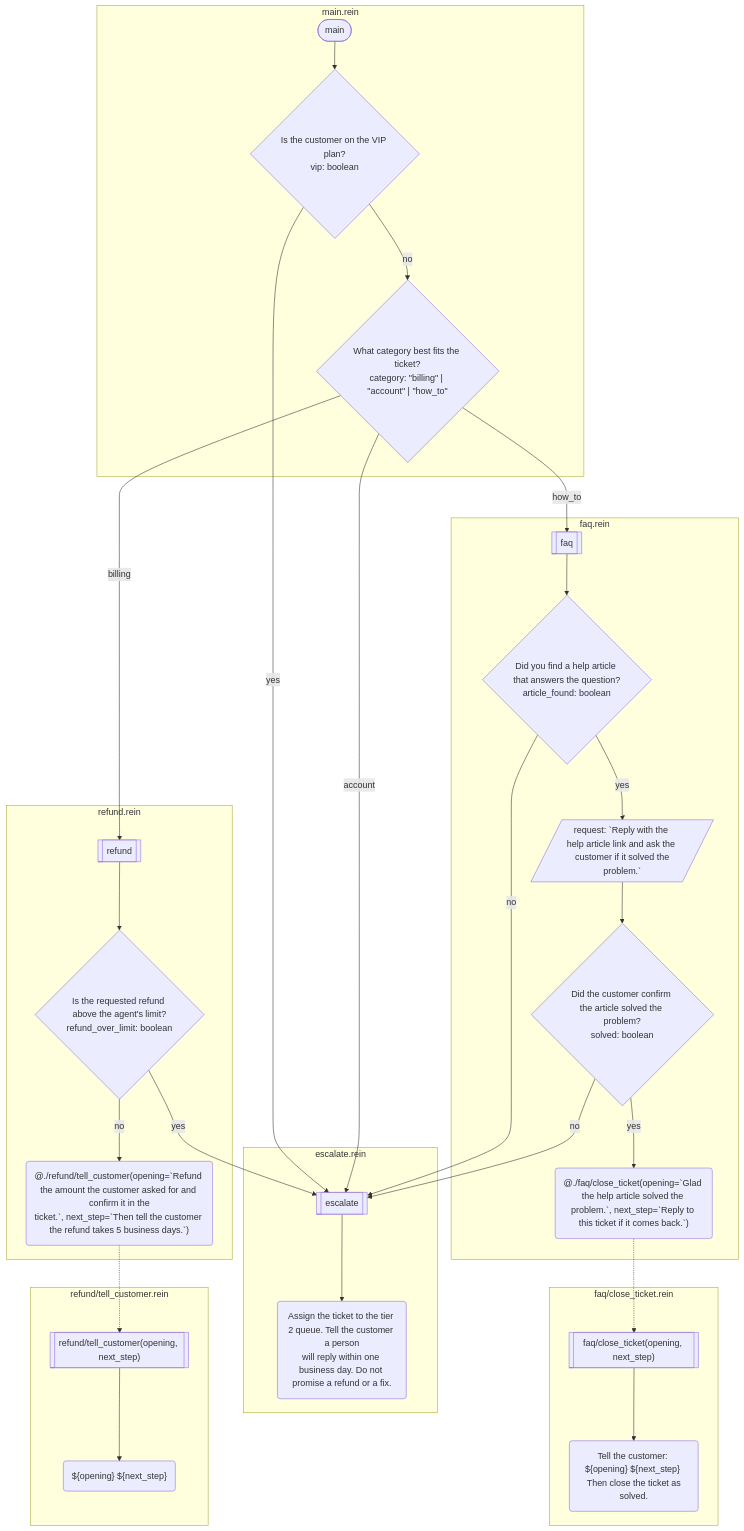
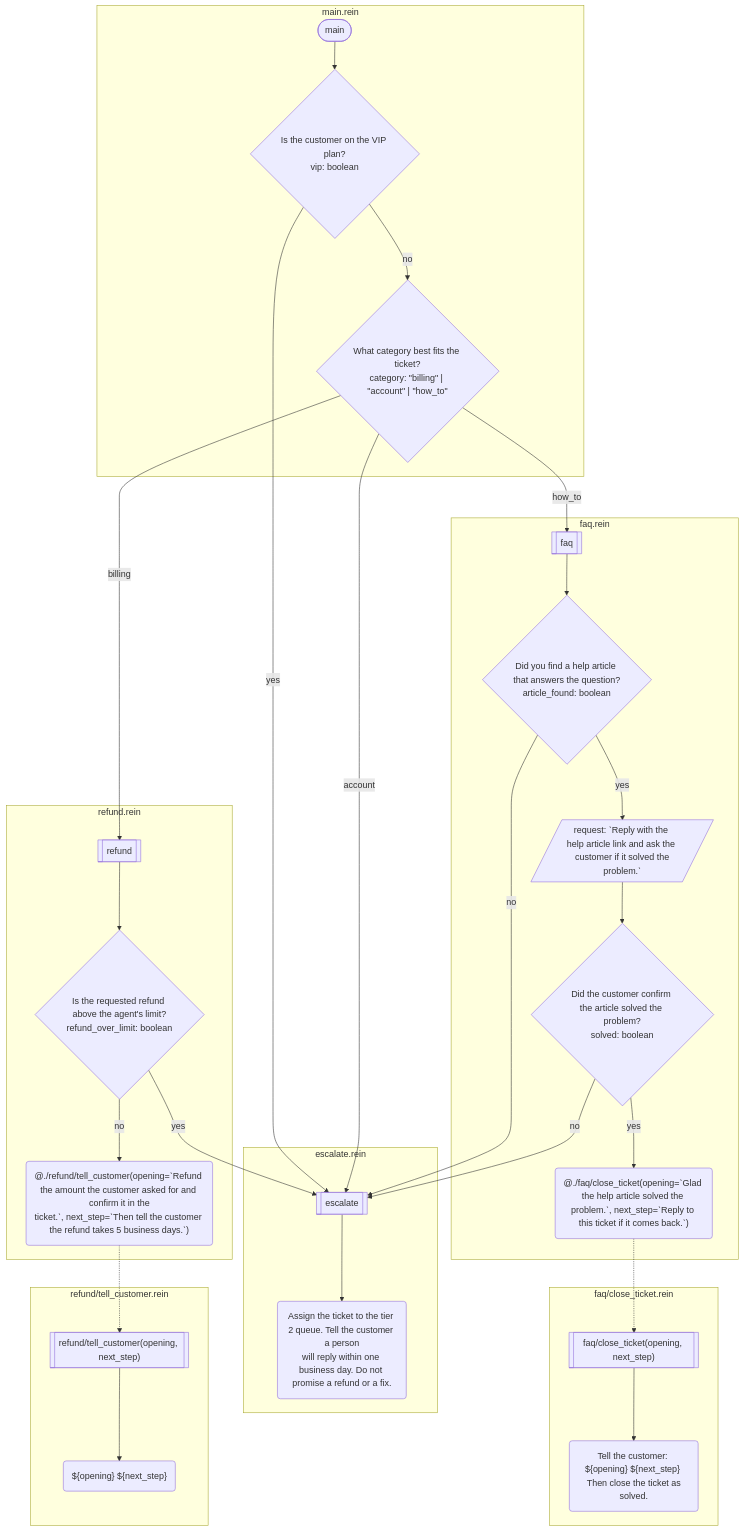
The diagram in docs/examples/support-ticket.md (rein-lang/rein-lang.com), drawn with Mermaid before and after one commit. The commit also changed 3 other files, not shown here.

First line of the commit message:
feat(watch): visual-first rein watch page with flow graphs (#85)

````diff
--- a/docs/examples/support-ticket.md
+++ b/docs/examples/support-ticket.md
@@ -11,52 +11,52 @@
 ```mermaid
 flowchart TD
     subgraph s0 ["escalate.rein"]
         f0[["escalate"]]
         f0_0("Assign the ticket to the tier 2 queue. Tell the customer a person<br/>will reply within one business day. Do not promise a refund or a fix.")
     end
     subgraph s1 ["faq.rein"]
         f1[["faq"]]
         f1_0{"Did you find a help article that answers the question?<br/>article_found: boolean"}
-        f1_1[/"request: #96;Reply with the help article link and ask the customer if it solved the<br/>problem.#96;"/]
+        f1_1[/"request: ˋReply with the help article link and ask the customer if it solved the<br/>problem.ˋ"/]
         f1_2{"Did the customer confirm the article solved the problem?<br/>solved: boolean"}
-        f1_3("@./faq/close_ticket(opening=#96;Glad the help article solved the problem.#96;, next_step=#96;Reply to this ticket if it comes back.#96;)")
+        f1_3("@./faq/close_ticket(opening=ˋGlad the help article solved the problem.ˋ, next_step=ˋReply to this ticket if it comes back.ˋ)")
     end
     subgraph s2 ["faq/close_ticket.rein"]
         f2[["faq/close_ticket(opening, next_step)"]]
         f2_0("Tell the customer: ${opening} ${next_step} Then close the ticket as<br/>solved.")
     end
     subgraph s3 ["main.rein"]
         f3(["main"])
         f3_0{"Is the customer on the VIP plan?<br/>vip: boolean"}
         f3_1{"What category best fits the ticket?<br/>category: #quot;billing#quot; | #quot;account#quot; | #quot;how_to#quot;"}
     end
     subgraph s4 ["refund.rein"]
         f4[["refund"]]
         f4_0{"Is the requested refund above the agent's limit?<br/>refund_over_limit: boolean"}
-        f4_1("@./refund/tell_customer(opening=#96;Refund the amount the customer asked for and confirm it in the<br/>ticket.#96;, next_step=#96;Then tell the customer the refund takes 5 business days.#96;)")
+        f4_1("@./refund/tell_customer(opening=ˋRefund the amount the customer asked for and confirm it in the<br/>ticket.ˋ, next_step=ˋThen tell the customer the refund takes 5 business days.ˋ)")
     end
     subgraph s5 ["refund/tell_customer.rein"]
         f5[["refund/tell_customer(opening, next_step)"]]
         f5_0("${opening} ${next_step}")
     end
     f0 --> f0_0
     f1 --> f1_0
     f1_0 -->|"no"| f0
     f1_0 -->|"yes"| f1_1
     f1_1 --> f1_2
     f1_2 -->|"yes"| f1_3
     f1_3 -.-> f2
     f1_2 -->|"no"| f0
     f2 --> f2_0
     f3 --> f3_0
     f3_0 -->|"yes"| f0
     f3_0 -->|"no"| f3_1
     f3_1 -->|"billing"| f4
     f3_1 -->|"account"| f0
     f3_1 -->|"how_to"| f1
     f4 --> f4_0
     f4_0 -->|"yes"| f0
     f4_0 -->|"no"| f4_1
     f4_1 -.-> f5
     f5 --> f5_0
 ```
````
